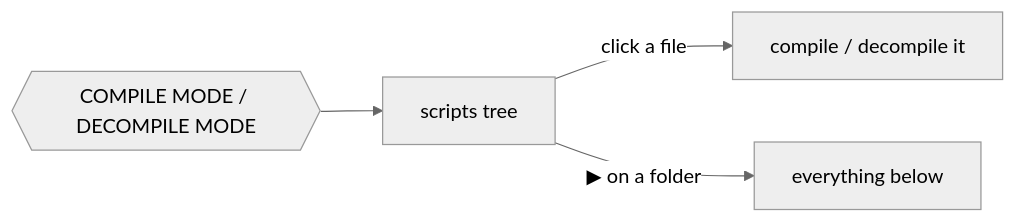
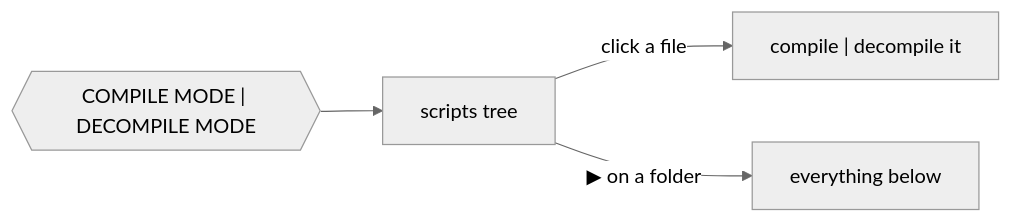
Before and after one commit to SARDONYX-sard/papyrus: the diagram in readme.md, drawn with Mermaid (neutral theme). The commit also changed other lines of this file and 11 other files, not shown here.

````diff
--- a/readme.md
+++ b/readme.md
@@ -34,6 +41,6 @@
 ```mermaid
 flowchart LR
-    mode{{"COMPILE MODE / DECOMPILE MODE"}} --> tree["scripts tree"]
-    tree -- "click a file" --> run["compile / decompile it"]
+    mode{{"COMPILE MODE | DECOMPILE MODE"}} --> tree["scripts tree"]
+    tree -- "click a file" --> run["compile | decompile it"]
     tree -- "▶ on a folder" --> all["everything below"]
 ```
````
